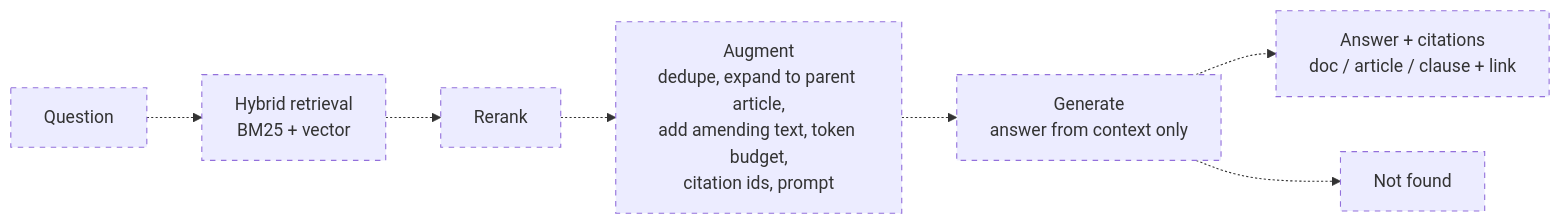
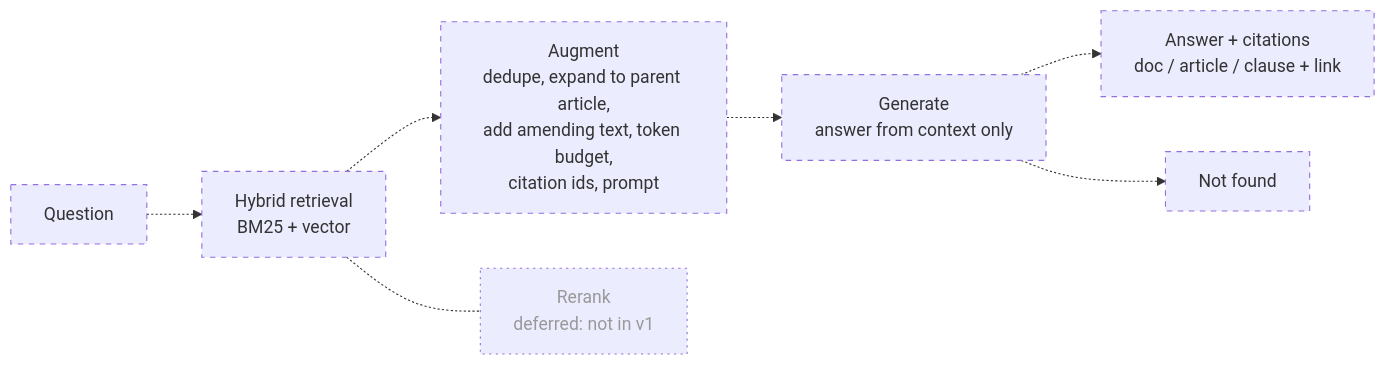
The second of 3 diagrams in docs/discovery/rag-pipeline.md (HieuQuang4438/vn-tax-law-rag), drawn with Mermaid before and after one commit. The commit also changed other lines of this file, not shown here.

````diff
--- a/docs/discovery/rag-pipeline.md
+++ b/docs/discovery/rag-pipeline.md
@@ -57,12 +57,14 @@
 ```mermaid
 flowchart LR
     q[Question] -.-> hyb[Hybrid retrieval<br/>BM25 + vector]
-    hyb -.-> rr[Rerank]
-    rr -.-> aug[Augment<br/>dedupe, expand to parent article,<br/>add amending text, token budget,<br/>citation ids, prompt]
+    hyb -.-> aug[Augment<br/>dedupe, expand to parent article,<br/>add amending text, token budget,<br/>citation ids, prompt]
     aug -.-> gen[Generate<br/>answer from context only]
     gen -.-> out[Answer + citations<br/>doc / article / clause + link]
     gen -.-> none[Not found]
+    hyb -.- rr[Rerank<br/>deferred: not in v1]
 
     classDef planned stroke-dasharray: 5 5
-    class q,hyb,rr,aug,gen,out,none planned
+    classDef deferred stroke-dasharray: 2 4,color:#999
+    class q,hyb,aug,gen,out,none planned
+    class rr deferred
 ```
````
